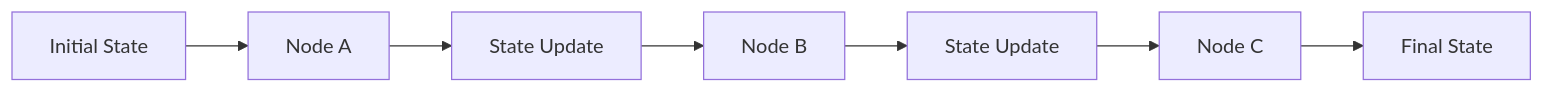
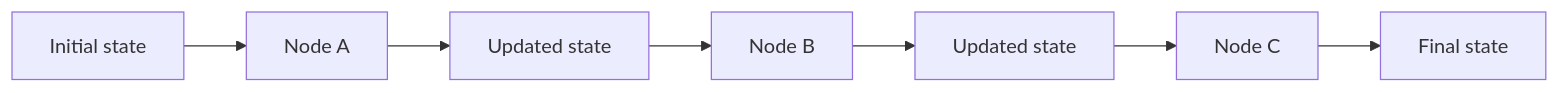
Before and after one commit to MihirKJha/enterprise-ai-engineering-handbook: the first of 4 diagrams in docs/08-ai-engineering-frameworks/langgraph/19-langgraph-state-and-checkpointing.md, drawn with Mermaid. The commit also changed other lines of this file and 10 other files, not shown here.

````diff
--- a/docs/08-ai-engineering-frameworks/langgraph/19-langgraph-state-and-checkpointing.md
+++ b/docs/08-ai-engineering-frameworks/langgraph/19-langgraph-state-and-checkpointing.md
@@ -164,15 +42,9 @@
 ```mermaid
 flowchart LR
-
-    A[Initial State] --> B[Node A]
-
-    B --> C[State Update]
-
+    A[Initial state] --> B[Node A]
+    B --> C[Updated state]
     C --> D[Node B]
-
-    D --> E[State Update]
-
+    D --> E[Updated state]
     E --> F[Node C]
-
-    F --> G[Final State]
+    F --> G[Final state]
 ```
````
